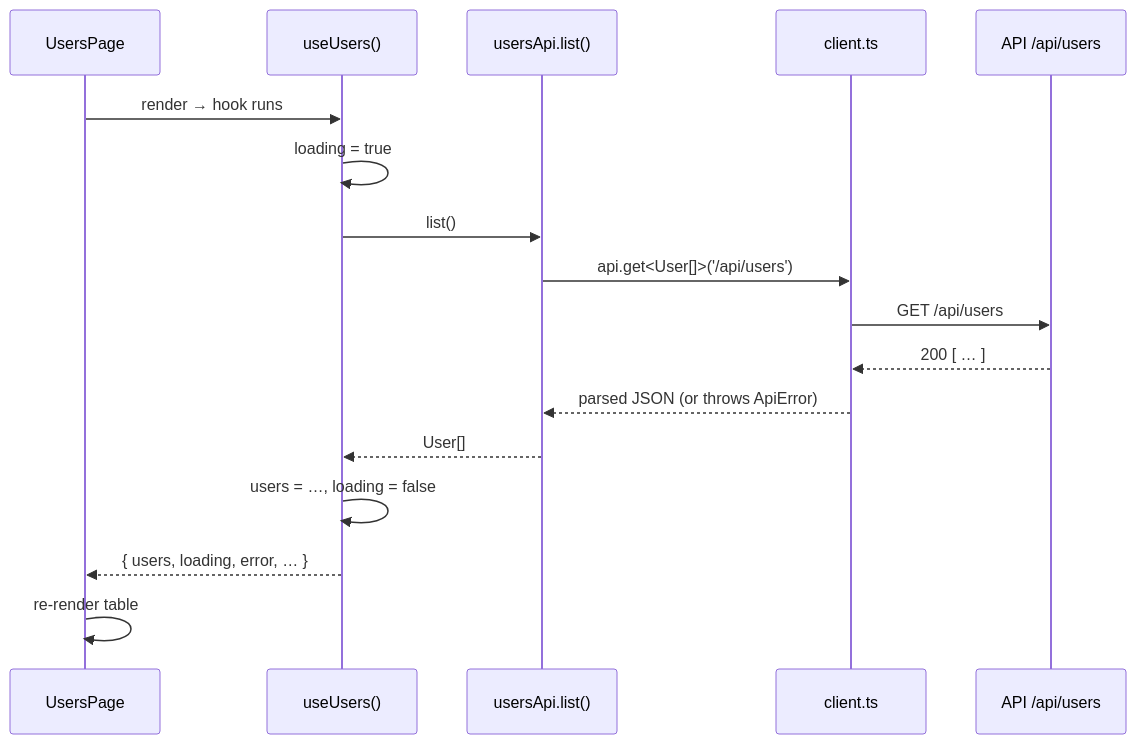
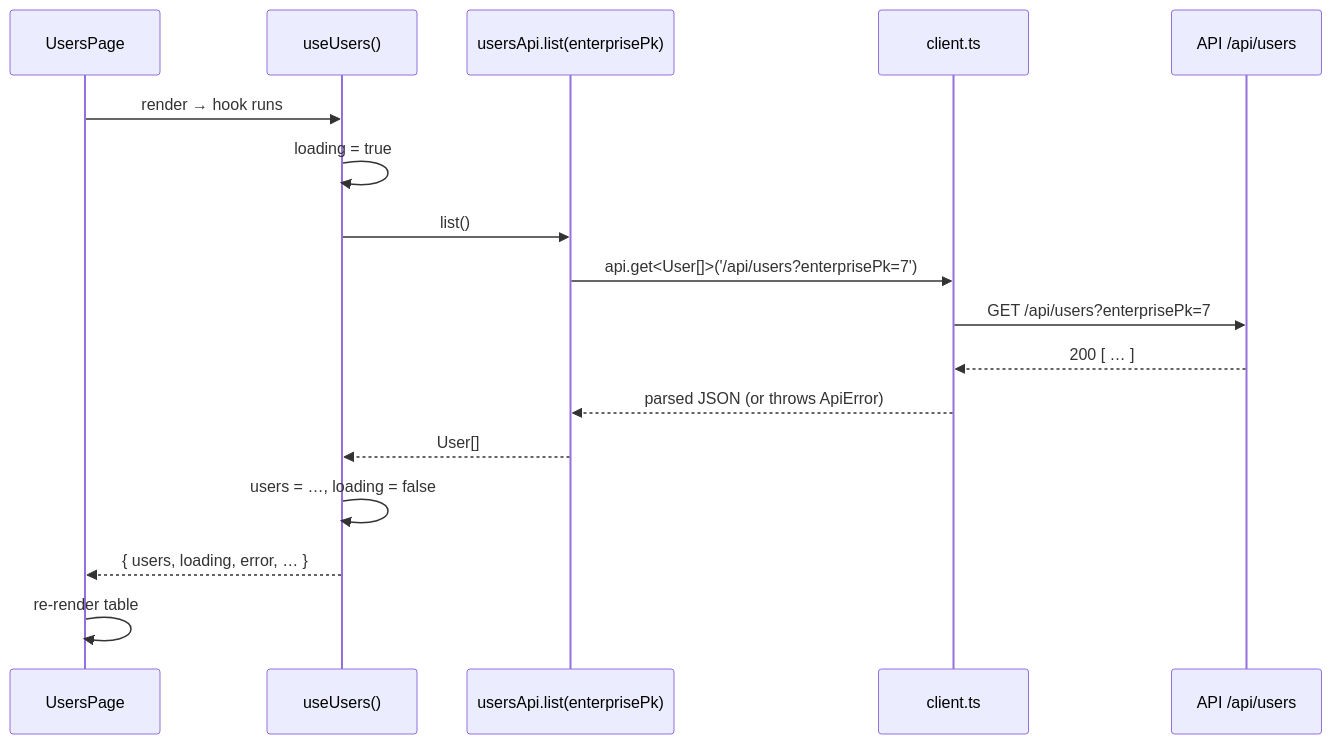
Before and after one commit to mjshoemake/prism: the fourth of 4 diagrams in REST/frontend/docs/DEVELOPER_GUIDE.md, drawn with Mermaid. The commit also changed other lines of this file and 28 other files, not shown here.

````diff
--- a/REST/frontend/docs/DEVELOPER_GUIDE.md
+++ b/REST/frontend/docs/DEVELOPER_GUIDE.md
@@ -131,19 +131,19 @@
 ```mermaid
 sequenceDiagram
     participant P as UsersPage
     participant H as useUsers()
-    participant A as usersApi.list()
+    participant A as usersApi.list(enterprisePk)
     participant C as client.ts
     participant S as API /api/users
     P->>H: render → hook runs
     H->>H: loading = true
     H->>A: list()
-    A->>C: api.get<User[]>('/api/users')
-    C->>S: GET /api/users
+    A->>C: api.get<User[]>('/api/users?enterprisePk=7')
+    C->>S: GET /api/users?enterprisePk=7
     S-->>C: 200 [ … ]
     C-->>A: parsed JSON (or throws ApiError)
     A-->>H: User[]
     H->>H: users = …, loading = false
     H-->>P: { users, loading, error, … }
     P->>P: re-render table
 ```
````
